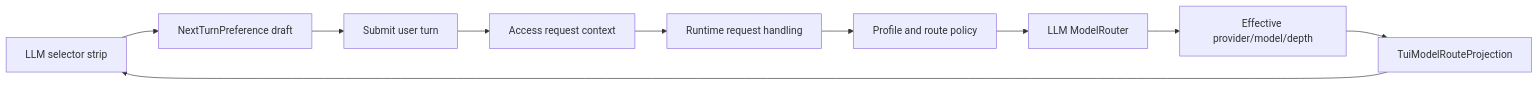
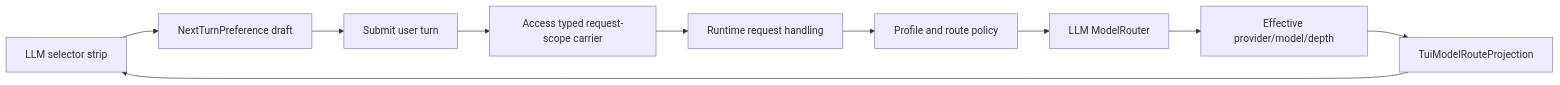
Before and after one commit to x2Gan/General-Purpose-Agent_DASALL: the second of 3 diagrams in docs/architecture/DASALL_TUI客户端设计方案.md, drawn with Mermaid. The commit also changed other lines of this file and 4 other files, not shown here.

````diff
--- a/docs/architecture/DASALL_TUI客户端设计方案.md
+++ b/docs/architecture/DASALL_TUI客户端设计方案.md
@@ -303,12 +303,12 @@
 ```mermaid
 flowchart LR
   UI["LLM selector strip"] --> D["NextTurnPreference draft"]
   D --> S["Submit user turn"]
-  S --> A["Access request context"]
+  S --> A["Access typed request-scope carrier"]
   A --> R["Runtime request handling"]
   R --> P["Profile and route policy"]
   P --> M["LLM ModelRouter"]
   M --> X["Effective provider/model/depth"]
   X --> V["TuiModelRouteProjection"]
   V --> UI
 ```
````
